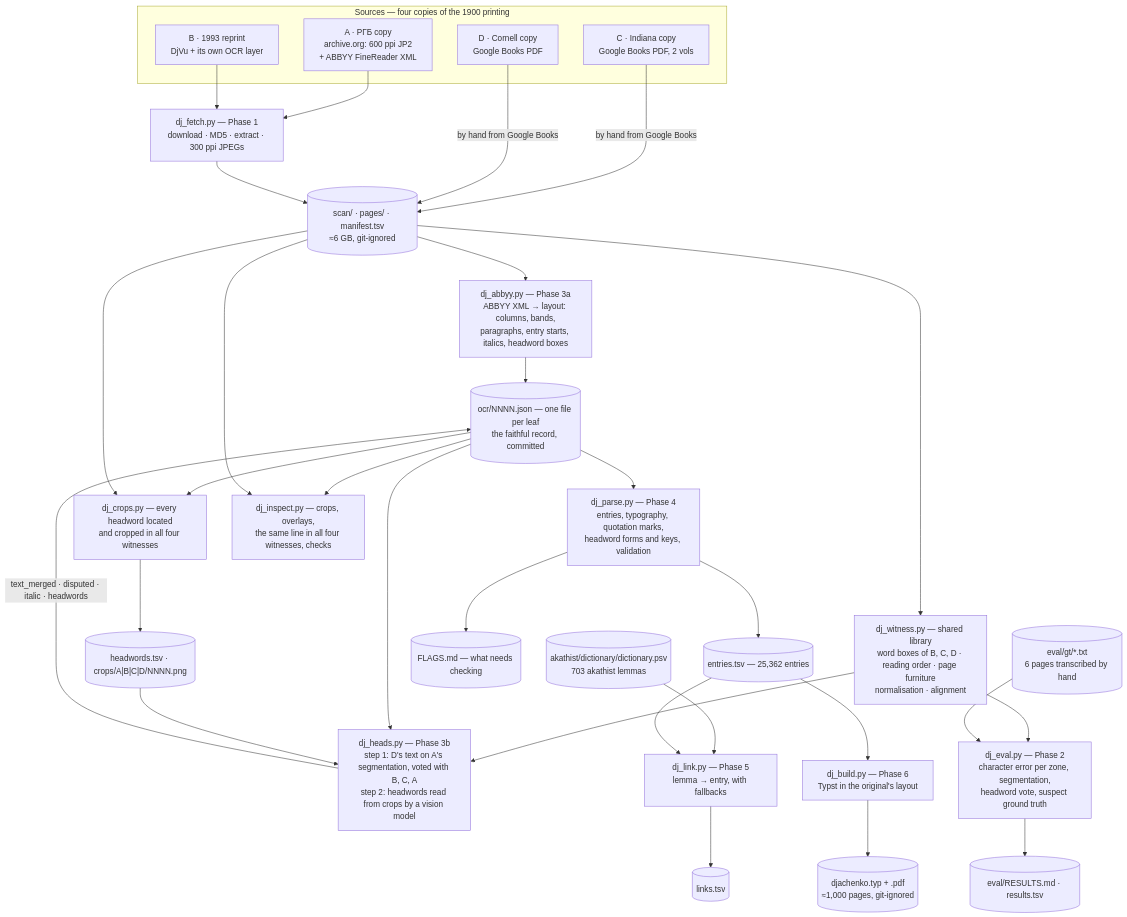
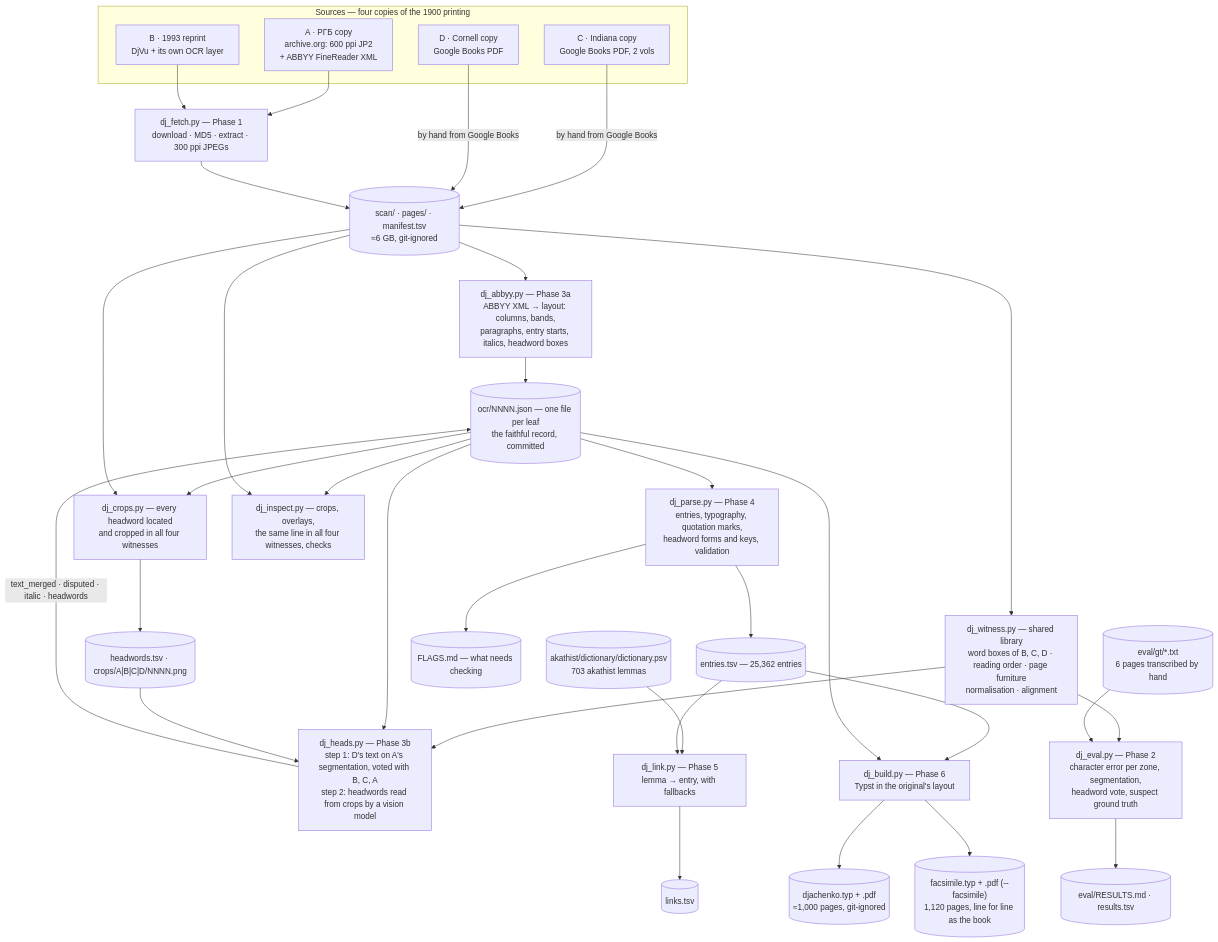
One commit to pancakescrawlspace/akafist changed the diagram in README.md. Above: the diagram before and after it, drawn with Mermaid. The commit also changed other lines of this file and 1168 other files, not shown here.

First line of the commit message:
Дьяченко: the line-for-line facsimile (Phase 6 Rev. 6) — dj_build.py --facsimile

````diff
--- a/README.md
+++ b/README.md
@@ -176,47 +176,49 @@
 ```mermaid
 flowchart TD
     subgraph SRC["Sources — four copies of the 1900 printing"]
         WA["A · РГБ copy<br/>archive.org: 600 ppi JP2<br/>+ ABBYY FineReader XML"]
         WB["B · 1993 reprint<br/>DjVu + its own OCR layer"]
         WC["C · Indiana copy<br/>Google Books PDF, 2 vols"]
         WD["D · Cornell copy<br/>Google Books PDF"]
     end
 
     WA --> FETCH["dj_fetch.py — Phase 1<br/>download · MD5 · extract · 300 ppi JPEGs"]
     WB --> FETCH
     WC -- "by hand from Google Books" --> SCAN
     WD -- "by hand from Google Books" --> SCAN
     FETCH --> SCAN[("scan/ · pages/ · manifest.tsv<br/>≈6 GB, git-ignored")]
 
     SCAN --> ABBYY["dj_abbyy.py — Phase 3a<br/>ABBYY XML → layout: columns, bands,<br/>paragraphs, entry starts, italics, headword boxes"]
     ABBYY --> OCRJ[("ocr/NNNN.json — one file per leaf<br/>the faithful record, committed")]
 
     SCAN --> WITLIB["dj_witness.py — shared library<br/>word boxes of B, C, D · reading order · page furniture<br/>normalisation · alignment"]
 
     WITLIB --> HEADS["dj_heads.py — Phase 3b<br/>step 1: D's text on A's segmentation, voted with B, C, A<br/>step 2: headwords read from crops by a vision model"]
     OCRJ --> HEADS
     HEADS -- "text_merged · disputed · italic · headwords" --> OCRJ
 
     WITLIB --> EVAL["dj_eval.py — Phase 2<br/>character error per zone, segmentation,<br/>headword vote, suspect ground truth"]
     GT[("eval/gt/*.txt<br/>6 pages transcribed by hand")] --> EVAL
     EVAL --> RES[("eval/RESULTS.md · results.tsv")]
 
     OCRJ --> PARSE["dj_parse.py — Phase 4<br/>entries, typography, quotation marks,<br/>headword forms and keys, validation"]
     PARSE --> ENT[("entries.tsv — 25,362 entries")]
     PARSE --> FLG[("FLAGS.md — what needs checking")]
 
     PSV[("akathist/dictionary/dictionary.psv<br/>703 akathist lemmas")] --> LINK["dj_link.py — Phase 5<br/>lemma → entry, with fallbacks"]
     ENT --> LINK
     LINK --> LNK[("links.tsv")]
 
     ENT --> BUILD["dj_build.py — Phase 6<br/>Typst in the original's layout"]
     BUILD --> PDF[("djachenko.typ + .pdf<br/>≈1,000 pages, git-ignored")]
+    OCRJ --> BUILD
+    BUILD --> FAC[("facsimile.typ + .pdf (--facsimile)<br/>1,120 pages, line for line as the book")]
 
     OCRJ --> CROPS["dj_crops.py — every headword located<br/>and cropped in all four witnesses"]
     SCAN --> CROPS
     CROPS --> HW[("headwords.tsv · crops/A|B|C|D/NNNN.png")]
     HW --> HEADS
 
     OCRJ --> INSP["dj_inspect.py — crops, overlays,<br/>the same line in all four witnesses, checks"]
     SCAN --> INSP
 ```
````
